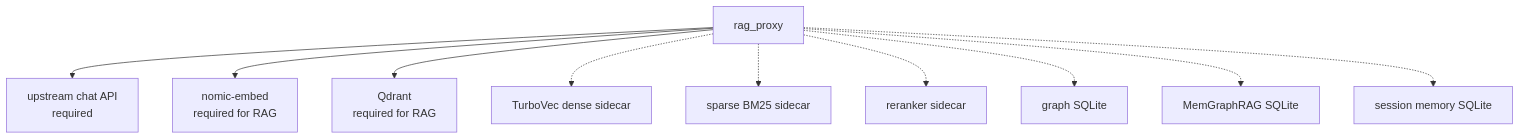
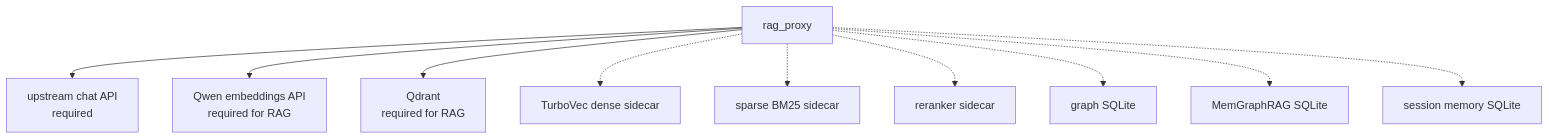
The fourth of 5 diagrams in docs/architecture.md (AtticusG3/rag-proxy), drawn with Mermaid before and after one commit. The commit also changed other lines of this file and 13 other files, not shown here.

First line of the commit message:
feat(docker): drop nomic-embed sidecar for Qwen embeddings API

````diff
--- a/docs/architecture.md
+++ b/docs/architecture.md
@@ -122,13 +122,13 @@
 ```mermaid
 flowchart TB
   RP["rag_proxy"]
   RP --> LS["upstream chat API\nrequired"]
-  RP --> EM["nomic-embed\nrequired for RAG"]
+  RP --> EM["Qwen embeddings API\nrequired for RAG"]
   RP --> QD["Qdrant\nrequired for RAG"]
   RP -.-> TV["TurboVec dense sidecar"]
   RP -.-> SP["sparse BM25 sidecar"]
   RP -.-> RR["reranker sidecar"]
   RP -.-> GR["graph SQLite"]
   RP -.-> MG["MemGraphRAG SQLite"]
   RP -.-> MEM["session memory SQLite"]
 ```
````
